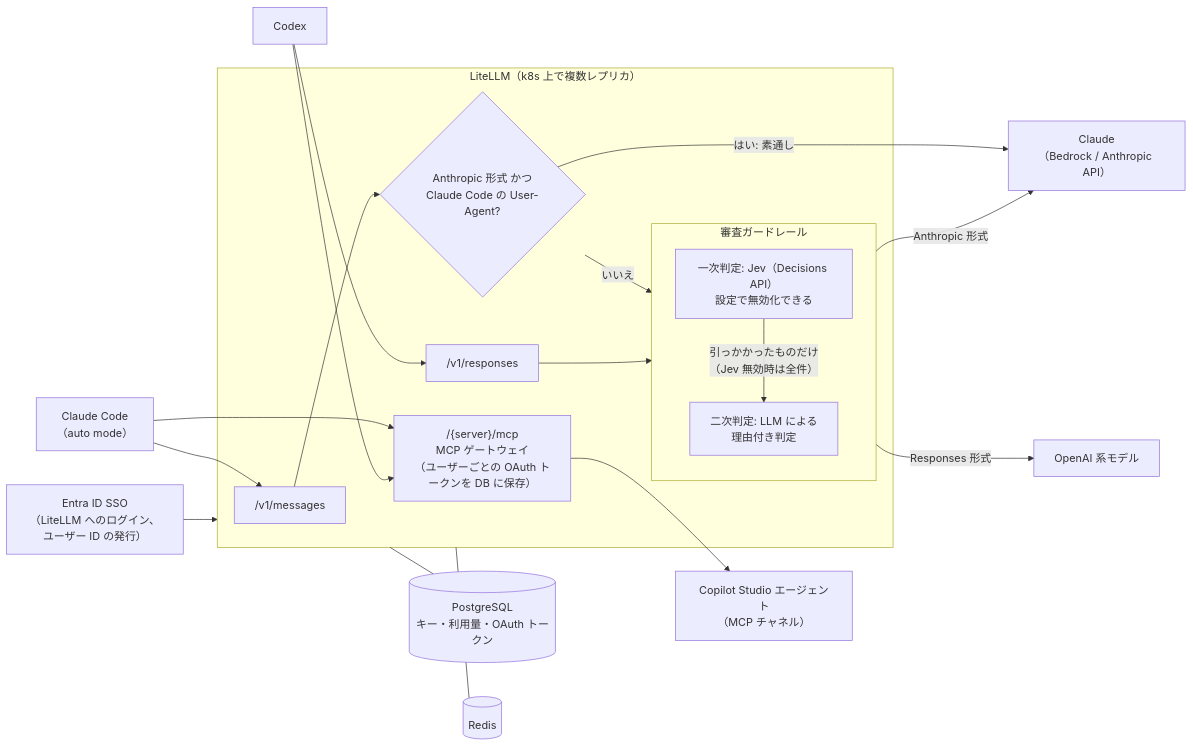
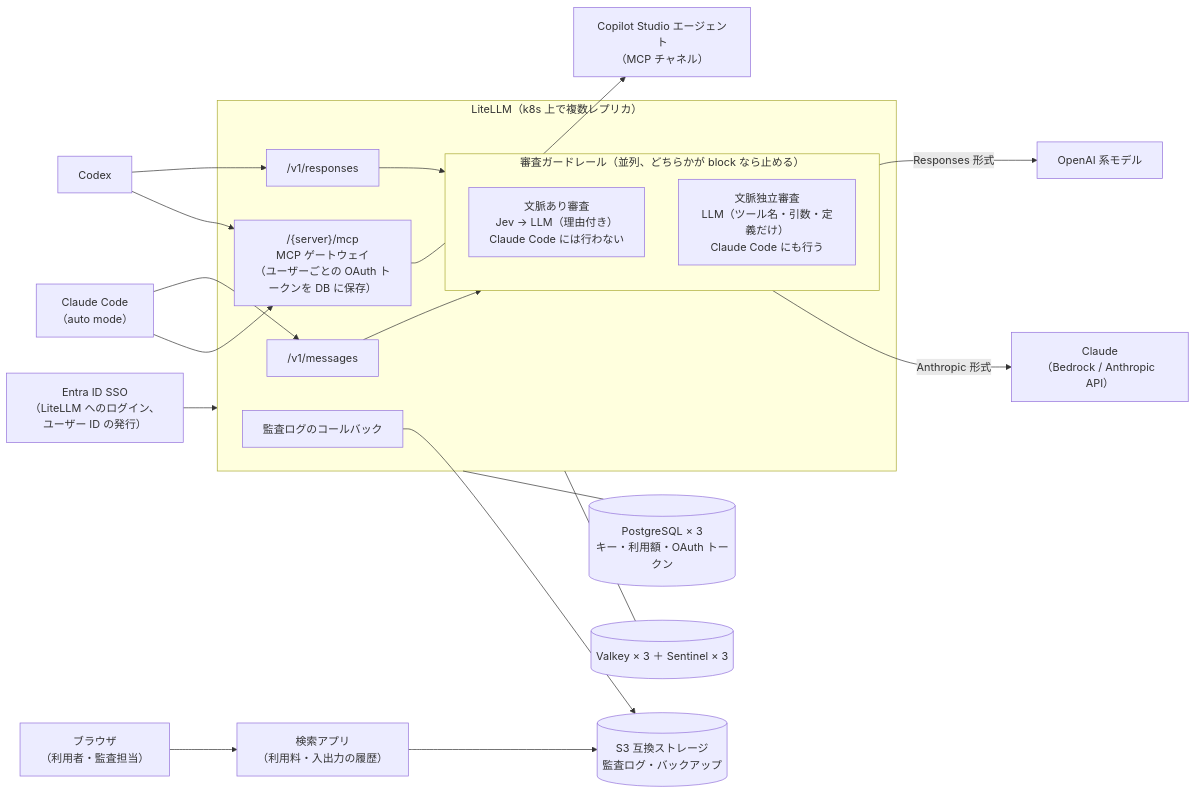
The first of 2 diagrams in docs/spec.md (notfolder/litellm-agent-gateway-lab), drawn with Mermaid before and after one commit. The commit also changed other lines of this file and 29 other files, not shown here.

````diff
--- a/docs/spec.md
+++ b/docs/spec.md
@@ -36,41 +45,43 @@
 ```mermaid
 flowchart LR
     CC["Claude Code<br/>（auto mode）"]
     CX["Codex"]
+    BR["ブラウザ<br/>（利用者・監査担当）"]
     SSO["Entra ID SSO<br/>（LiteLLM へのログイン、ユーザー ID の発行）"]
 
     subgraph LITELLM["LiteLLM（k8s 上で複数レプリカ）"]
         MSG["/v1/messages"]
         RESP["/v1/responses"]
-        PASS{"Anthropic 形式 かつ<br/>Claude Code の User-Agent?"}
-        subgraph GR["審査ガードレール"]
-            J1["一次判定: Jev（Decisions API）<br/>設定で無効化できる"]
-            J2["二次判定: LLM による<br/>理由付き判定"]
-            J1 -- 引っかかったものだけ<br/>（Jev 無効時は全件） --> J2
+        subgraph GR["審査ガードレール（並列、どちらかが block なら止める）"]
+            CTX["文脈あり審査<br/>Jev → LLM（理由付き）<br/>Claude Code には行わない"]
+            ISO["文脈独立審査<br/>LLM（ツール名・引数・定義だけ）<br/>Claude Code にも行う"]
         end
         MCPGW["/{server}/mcp<br/>MCP ゲートウェイ<br/>（ユーザーごとの OAuth トークンを DB に保存）"]
+        AUD["監査ログのコールバック"]
     end
 
     CLAUDE["Claude<br/>（Bedrock / Anthropic API）"]
     OAI["OpenAI 系モデル"]
     COPILOT["Copilot Studio エージェント<br/>（MCP チャネル）"]
-    DB[("PostgreSQL<br/>キー・利用量・OAuth トークン")]
-    REDIS[("Redis")]
+    DB[("PostgreSQL × 3<br/>キー・利用額・OAuth トークン")]
+    REDIS[("Valkey × 3 ＋ Sentinel × 3")]
+    S3[("S3 互換ストレージ<br/>監査ログ・バックアップ")]
+    VIEW["検索アプリ<br/>（利用料・入出力の履歴）"]
 
     CC --> MSG
     CX --> RESP
     CC --> MCPGW
     CX --> MCPGW
 
-    MSG --> PASS
-    PASS -- はい: 素通し --> CLAUDE
-    PASS -- いいえ --> GR
+    MSG --> GR
     RESP --> GR
     GR -- Responses 形式 --> OAI
     GR -- Anthropic 形式 --> CLAUDE
     MCPGW --> COPILOT
 
     SSO --> LITELLM
     LITELLM --- DB
     LITELLM --- REDIS
+    AUD --> S3
+    BR --> VIEW --> S3
 ```
````
